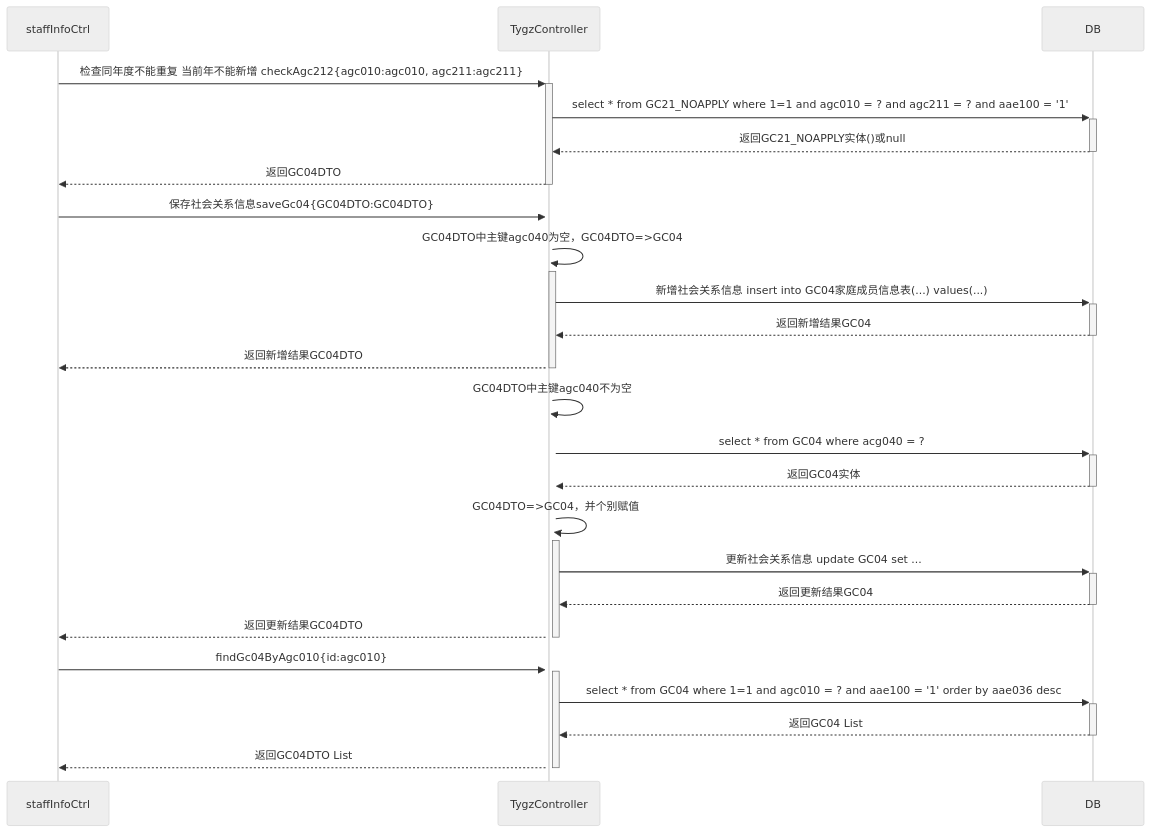
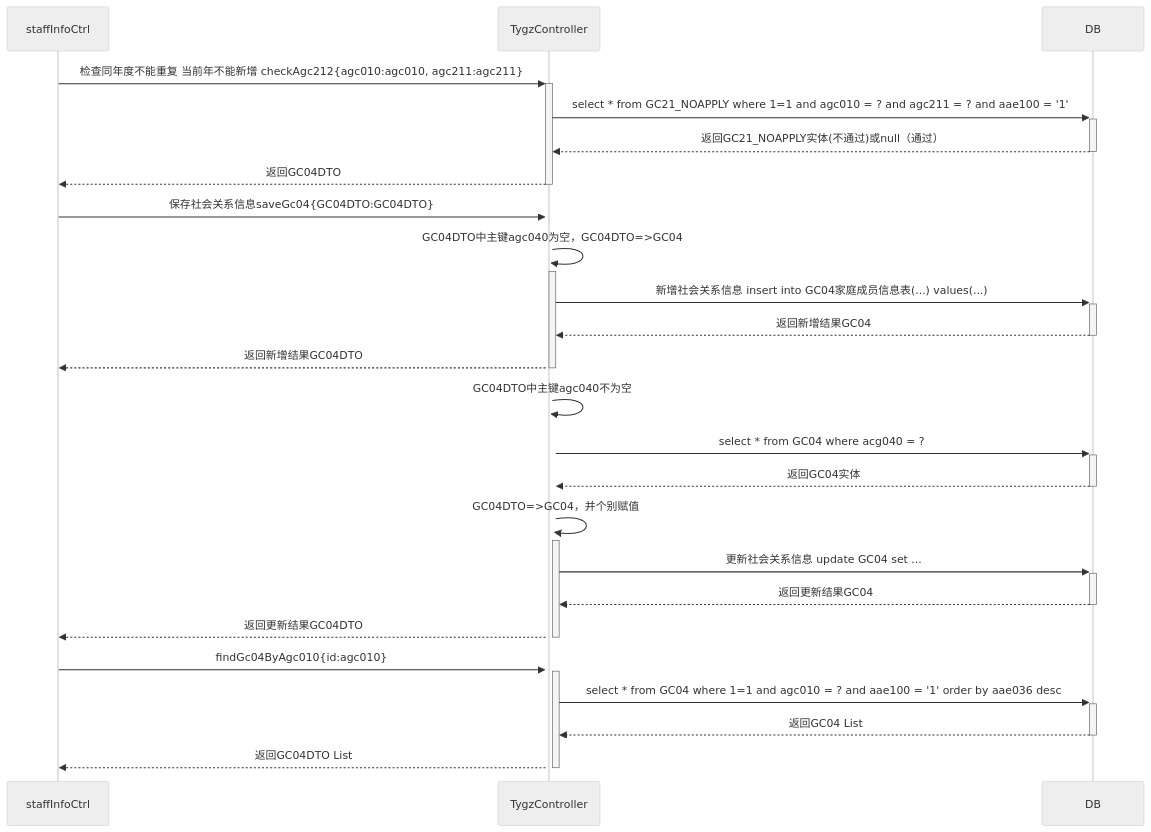
Before and after one commit to ZhangJianBeiJing/iodraw-files: the diagram in all/人员考核信息新增按钮的调用业务流程.md, drawn with Mermaid (neutral theme).

Commit message:
2025-03-25 17:56:01 update

````diff
--- a/all/人员考核信息新增按钮的调用业务流程.md
+++ b/all/人员考核信息新增按钮的调用业务流程.md
@@ -1,24 +1,24 @@
 ```mermaid
 sequenceDiagram
     staffInfoCtrl->>+TygzController:检查同年度不能重复 当前年不能新增 checkAgc212{agc010:agc010, agc211:agc211}
     TygzController->>+DB:select * from GC21_NOAPPLY where 1=1 and agc010 = ? and agc211 = ? and aae100 = '1'
-    DB-->>-TygzController:返回GC21_NOAPPLY实体()或null
+    DB-->>-TygzController:返回GC21_NOAPPLY实体(不通过)或null（通过）
     TygzController-->>-staffInfoCtrl:返回GC04DTO
     staffInfoCtrl->>+TygzController:保存社会关系信息saveGc04{GC04DTO:GC04DTO}
     TygzController->>+TygzController:GC04DTO中主键agc040为空，GC04DTO=>GC04
     TygzController->>+DB:新增社会关系信息 insert into GC04家庭成员信息表(...) values(...)
     DB-->>-TygzController:返回新增结果GC04
     TygzController-->>-staffInfoCtrl:返回新增结果GC04DTO
     TygzController->>+TygzController:GC04DTO中主键agc040不为空
     TygzController->>+DB:select * from GC04 where acg040 = ?
     DB-->>-TygzController:返回GC04实体
     TygzController->>+TygzController:GC04DTO=>GC04，并个别赋值
     TygzController->>+DB:更新社会关系信息 update GC04 set ...
     DB-->>-TygzController:返回更新结果GC04
     TygzController-->>-staffInfoCtrl:返回更新结果GC04DTO
 
     staffInfoCtrl->>+TygzController:findGc04ByAgc010{id:agc010}
     TygzController->>+DB:select * from GC04 where 1=1 and agc010 = ? and aae100 = '1' order by aae036 desc
     DB-->>-TygzController:返回GC04 List
     TygzController-->>-staffInfoCtrl:返回GC04DTO List
 ```
````
